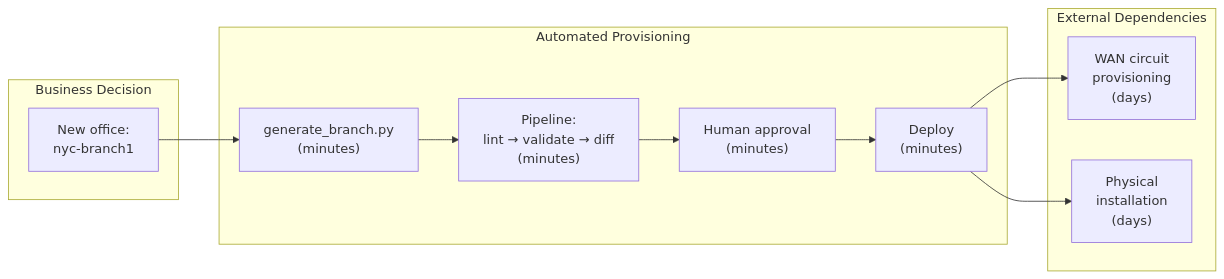
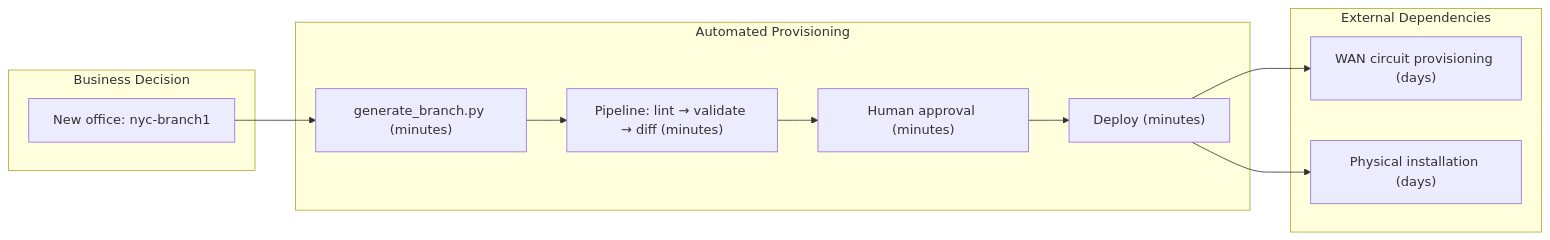
Before and after one commit to ppklau/network_automation_handbook: the diagram in 09-greenfield-design/chapter.md, drawn with Mermaid. The commit also changed 12 other files, not shown here.

Commit message:
Adjusted mermaid diagrams.

````diff
--- a/09-greenfield-design/chapter.md
+++ b/09-greenfield-design/chapter.md
@@ -115,22 +115,22 @@
 ```mermaid
 graph LR
     subgraph "Business Decision"
-        BD["New office:<br>nyc-branch1"]
+        BD["New office: nyc-branch1"]
     end
 
     subgraph "Automated Provisioning"
-        G["generate_branch.py<br>(minutes)"]
-        P["Pipeline:<br>lint → validate → diff<br>(minutes)"]
-        A["Human approval<br>(minutes)"]
-        D["Deploy<br>(minutes)"]
+        G["generate_branch.py (minutes)"]
+        P["Pipeline: lint → validate → diff (minutes)"]
+        A["Human approval (minutes)"]
+        D["Deploy (minutes)"]
     end
 
     subgraph "External Dependencies"
-        W["WAN circuit<br>provisioning<br>(days)"]
-        F["Physical<br>installation<br>(days)"]
+        W["WAN circuit provisioning (days)"]
+        F["Physical installation (days)"]
     end
 
     BD --> G --> P --> A --> D
     D --> W
     D --> F
 ```
````
